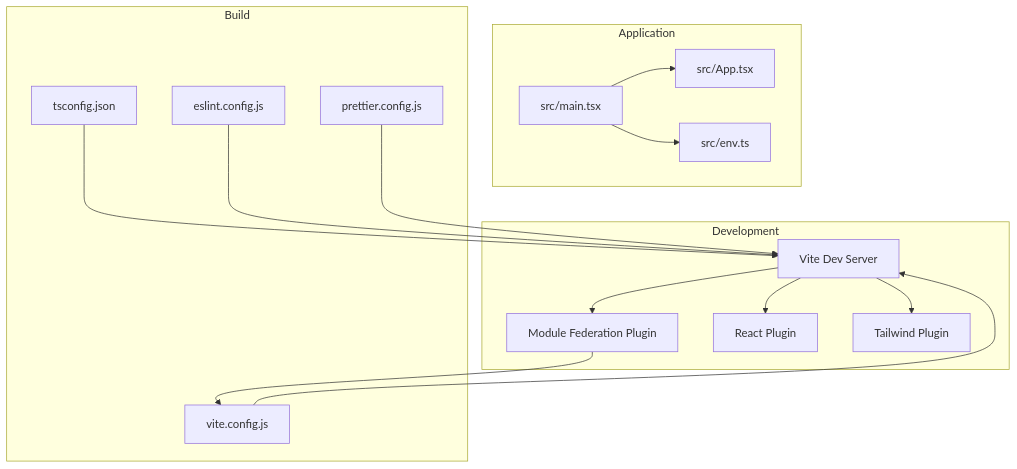
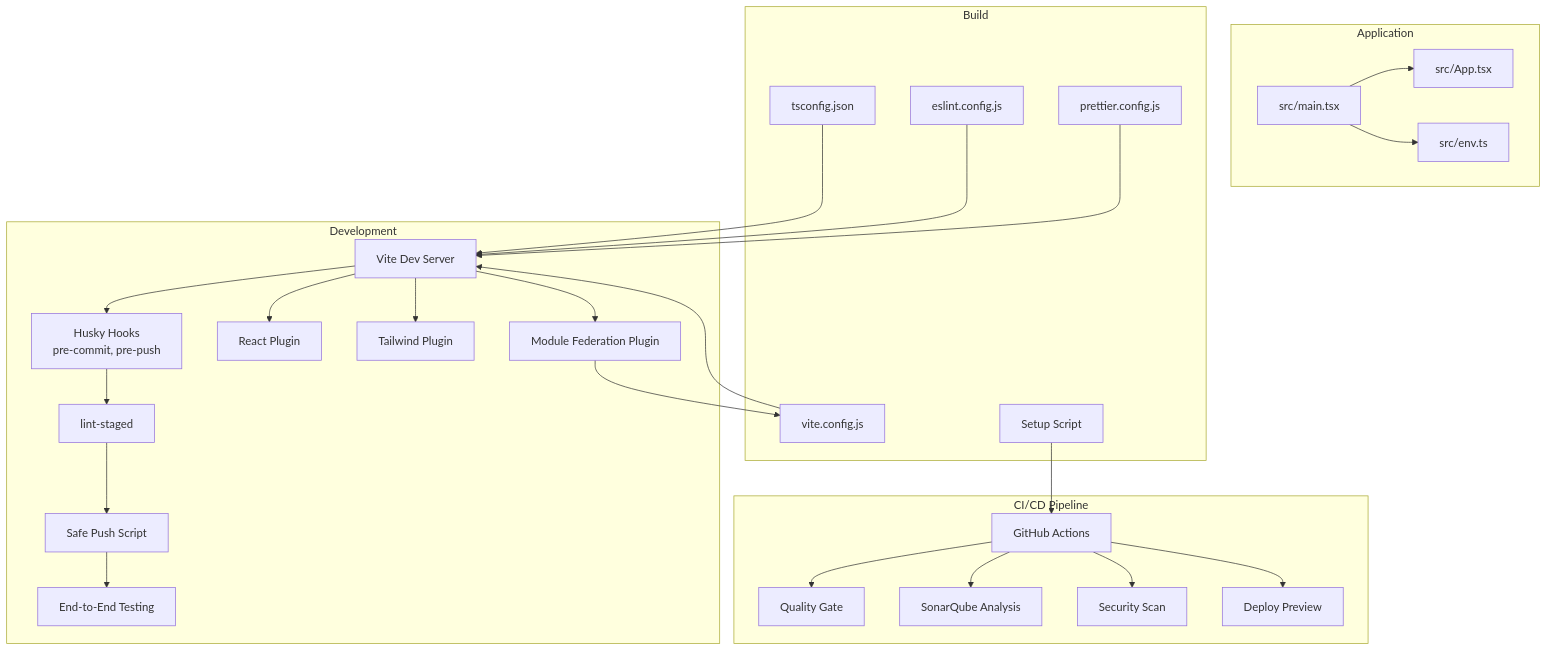
The second of 11 diagrams in .qoder/repowiki/en/content/Core Architecture/Build Configuration.md (DoVuDung/cv-portfolio-builder), drawn with Mermaid before and after one commit. The commit also changed other lines of this file and 26 other files, not shown here.

First line of the commit message:
docs(agent): update AI Agent System with MCP tool architecture and CV Builder integration

````diff
--- a/.qoder/repowiki/en/content/Core Architecture/Build Configuration.md
+++ b/.qoder/repowiki/en/content/Core Architecture/Build Configuration.md
@@ -116,30 +148,51 @@
 ```mermaid
 graph TB
 subgraph "Development"
 V["Vite Dev Server"]
 MF["Module Federation Plugin"]
 R["React Plugin"]
 T["Tailwind Plugin"]
+HC["Husky Hooks<br/>pre-commit, pre-push"]
+LS["lint-staged"]
+SP["Safe Push Script"]
+END["End-to-End Testing"]
 end
 subgraph "Application"
 M["src/main.tsx"]
 A["src/App.tsx"]
 E["src/env.ts"]
 end
+subgraph "CI/CD Pipeline"
+GA["GitHub Actions"]
+QG["Quality Gate"]
+SQ["SonarQube Analysis"]
+SS["Security Scan"]
+DP["Deploy Preview"]
+end
 subgraph "Build"
 VC["vite.config.js"]
 TC["tsconfig.json"]
 EC["eslint.config.js"]
 PC["prettier.config.js"]
+SC["Setup Script"]
 end
 V --> R
 V --> T
 V --> MF
+V --> HC
+HC --> LS
+LS --> SP
+SP --> END
 VC --> V
 TC --> V
 EC --> V
 PC --> V
+SC --> GA
+GA --> QG
+GA --> SQ
+GA --> SS
+GA --> DP
 MF --> VC
 M --> A
 M --> E
 ```
````
